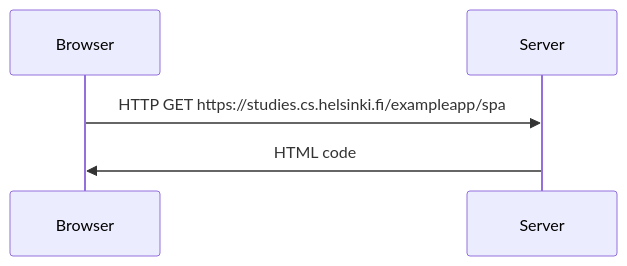
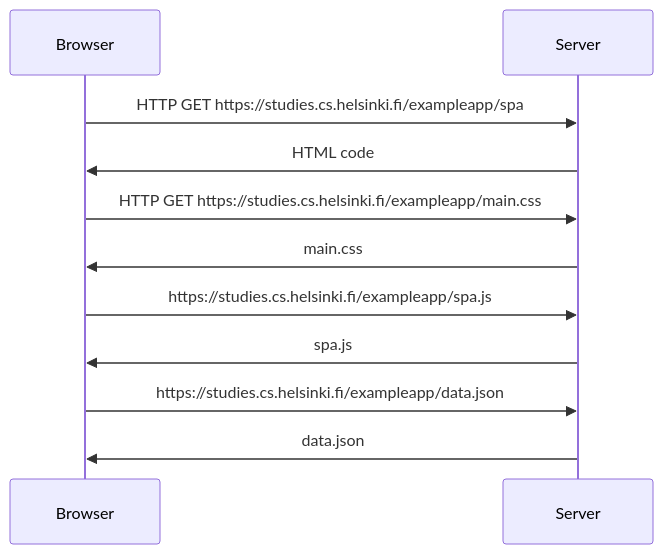
One commit to shii-ro/fullstackopen changed the diagram in part0/spaDiagram.md. Above: the diagram before and after it, drawn with Mermaid.

````diff
--- a/part0/spaDiagram.md
+++ b/part0/spaDiagram.md
@@ -1,5 +1,11 @@
 ```mermaid
 sequenceDiagram
 Browser->>Server: HTTP GET https://studies.cs.helsinki.fi/exampleapp/spa
 Server->>Browser: HTML code
+Browser->>Server: HTTP GET https://studies.cs.helsinki.fi/exampleapp/main.css
+Server->>Browser: main.css
+Browser->>Server: https://studies.cs.helsinki.fi/exampleapp/spa.js
+Server->>Browser: spa.js
+Browser->>Server: https://studies.cs.helsinki.fi/exampleapp/data.json
+Server->>Browser: data.json
 ```
````
